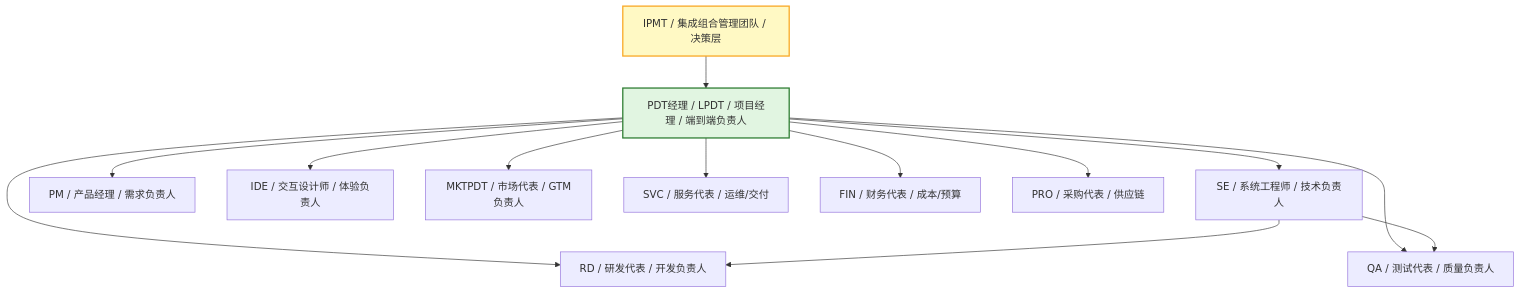
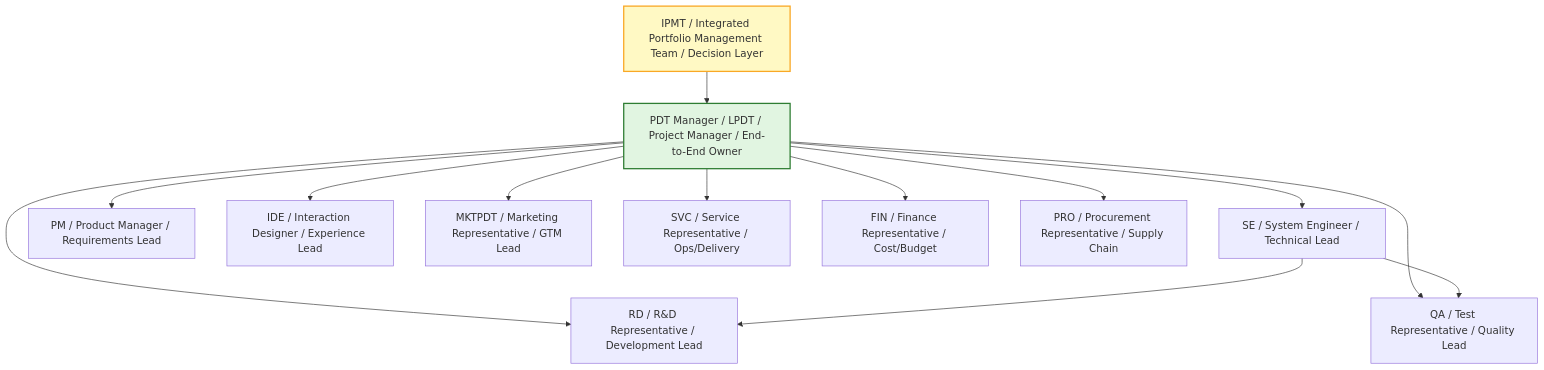
The seventh of 11 diagrams in templates/产品/战略层/【模板】项目任务书.md (Kirky-X/cangjie), drawn with Mermaid before and after one commit. The commit also changed other lines of this file and 12 other files, not shown here.

````diff
--- a/templates/产品/战略层/【模板】项目任务书.md
+++ b/templates/产品/战略层/【模板】项目任务书.md
@@ -349,20 +349,20 @@
 ```mermaid
 graph TD
-    IPMT[IPMT / 集成组合管理团队 / 决策层] --> PDT[PDT经理 / LPDT / 项目经理 / 端到端负责人]
+    IPMT[IPMT / Integrated Portfolio Management Team / Decision Layer] --> PDT[PDT Manager / LPDT / Project Manager / End-to-End Owner]
 
-    PDT --> SE[SE / 系统工程师 / 技术负责人]
-    PDT --> PM[PM / 产品经理 / 需求负责人]
-    PDT --> RD[RD / 研发代表 / 开发负责人]
-    PDT --> QA[QA / 测试代表 / 质量负责人]
-    PDT --> ID[IDE / 交互设计师 / 体验负责人]
-    PDT --> MKT[MKTPDT / 市场代表 / GTM负责人]
-    PDT --> SVC[SVC / 服务代表 / 运维/交付]
-    PDT --> FIN[FIN / 财务代表 / 成本/预算]
-    PDT --> PRO[PRO / 采购代表 / 供应链]
+    PDT --> SE[SE / System Engineer / Technical Lead]
+    PDT --> PM[PM / Product Manager / Requirements Lead]
+    PDT --> RD[RD / R&D Representative / Development Lead]
+    PDT --> QA[QA / Test Representative / Quality Lead]
+    PDT --> ID[IDE / Interaction Designer / Experience Lead]
+    PDT --> MKT[MKTPDT / Marketing Representative / GTM Lead]
+    PDT --> SVC[SVC / Service Representative / Ops/Delivery]
+    PDT --> FIN[FIN / Finance Representative / Cost/Budget]
+    PDT --> PRO[PRO / Procurement Representative / Supply Chain]
 
     SE --> RD
     SE --> QA
 
     style IPMT fill:#fff9c4,stroke:#f9a825,stroke-width:2px
     style PDT fill:#e1f5e1,stroke:#2e7d32,stroke-width:2px
 ```
````
